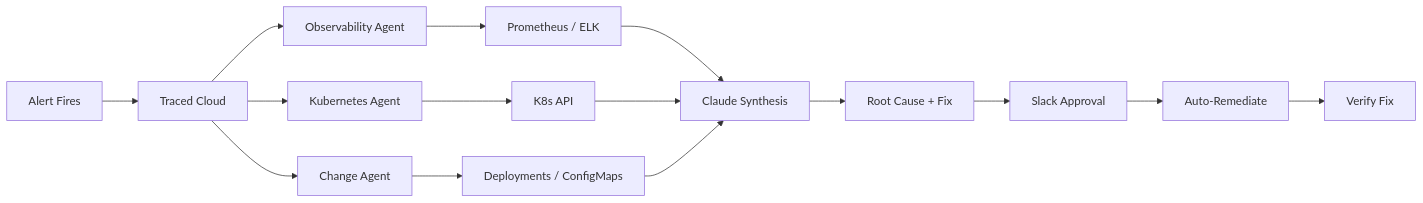
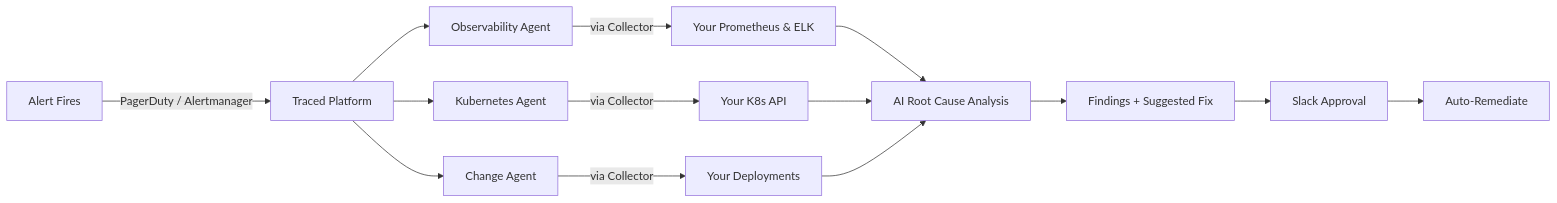
The diagram in docs/index.md (adityaatpeak/traced), drawn with Mermaid before and after one commit. The commit also changed other lines of this file and 3 other files, not shown here.

````diff
--- a/docs/index.md
+++ b/docs/index.md
@@ -9,17 +9,16 @@
 ```mermaid
 graph LR
-    A[Alert Fires] --> B[Traced Cloud]
+    A[Alert Fires] -->|PagerDuty / Alertmanager| B[Traced Platform]
     B --> C[Observability Agent]
     B --> D[Kubernetes Agent]
     B --> E[Change Agent]
-    C --> F[Prometheus / ELK]
-    D --> G[K8s API]
-    E --> H[Deployments / ConfigMaps]
-    F --> I[Claude Synthesis]
+    C -->|via Collector| F[Your Prometheus & ELK]
+    D -->|via Collector| G[Your K8s API]
+    E -->|via Collector| H[Your Deployments]
+    F --> I[AI Root Cause Analysis]
     G --> I
     H --> I
-    I --> J[Root Cause + Fix]
+    I --> J[Findings + Suggested Fix]
     J --> K[Slack Approval]
     K --> L[Auto-Remediate]
-    L --> M[Verify Fix]
 ```
````
